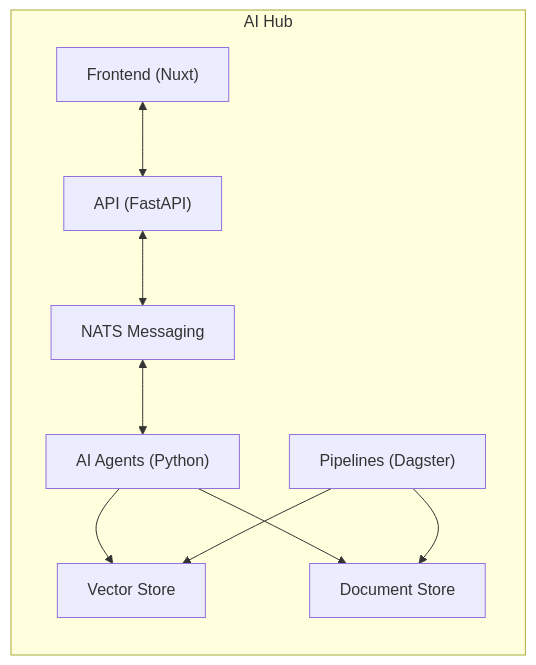
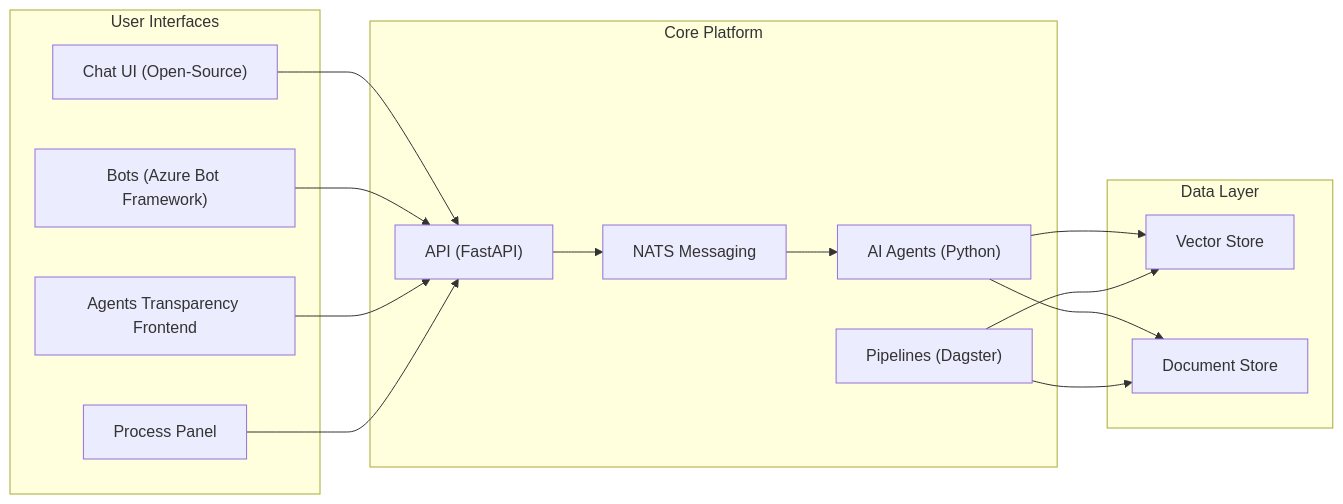
The second of 2 diagrams in aihub_doc/1_introduction.md (bbvch-ai/aihub-core), drawn with Mermaid before and after one commit. The commit also changed other lines of this file, not shown here.

````diff
--- a/aihub_doc/1_introduction.md
+++ b/aihub_doc/1_introduction.md
@@ -208,22 +319,36 @@
 ```mermaid
 flowchart LR
 
-    subgraph "AI Hub"
-    Frontend["Frontend (Nuxt)"]
+  subgraph "User Interfaces"
+    ChatUI["Chat UI (Open-Source)"]
+    Bots["Bots (Azure Bot Framework)"]
+    TransparencyUI["Agents Transparency Frontend"]
+    ProcessPanel["Process Panel"]
+  end
+
+  subgraph "Core Platform"
     API["API (FastAPI)"]
-    NATS["NATS Messaging"]
+    Messaging["NATS Messaging"]
     Agents["AI Agents (Python)"]
-    Dagster["Pipelines (Dagster)"]
+    Pipelines["Pipelines (Dagster)"]
+  end
+
+  subgraph "Data Layer"
     VectorStore["Vector Store"]
     DocStore["Document Store"]
+  end
 
-    Frontend <--> API
-    API <--> NATS
-    NATS <--> Agents
-    Agents --> VectorStore
-    Agents --> DocStore
-    Dagster --> VectorStore
-    Dagster --> DocStore
-    end
+  ChatUI --> API
+  Bots --> API
+  TransparencyUI --> API
+  ProcessPanel --> API
 
+  API --> Messaging
+  Messaging --> Agents
+
+  Agents --> VectorStore
+  Agents --> DocStore
+
+  Pipelines --> VectorStore
+  Pipelines --> DocStore
 ```
````
